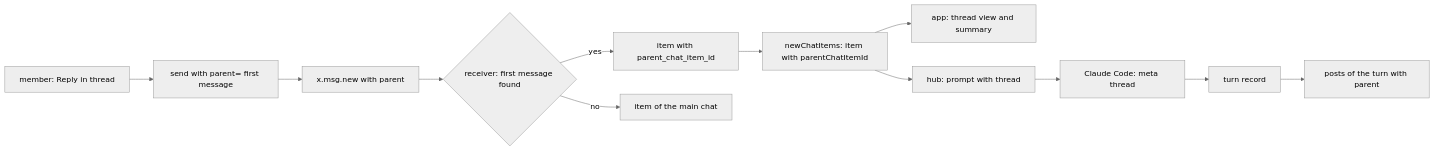
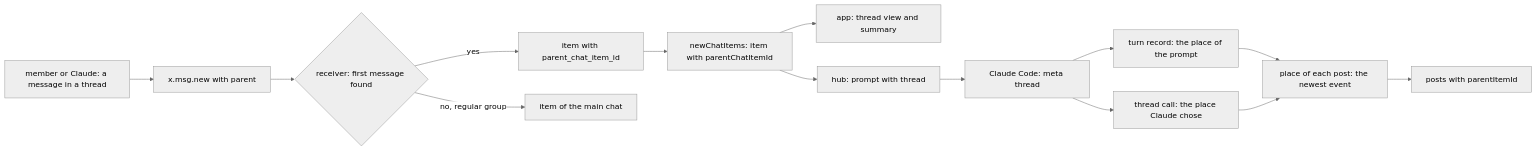
Before and after one commit to evgeny-simplex/simplex-chat: the fourth of 4 diagrams in plans/2026-11-13-mcp-threads.md, drawn with Mermaid (neutral theme). The commit also changed other lines of this file, not shown here.

Commit message:
plan: mcp-threads with channel comments, stages, Claude's tasks

````diff
--- a/plans/2026-11-13-mcp-threads.md
+++ b/plans/2026-11-13-mcp-threads.md
@@ -279,14 +310,16 @@
 ```mermaid
 flowchart LR
-  M[member: Reply in thread] --> S[send with parent= first message]
-  S --> W[x.msg.new with parent]
+  M[member or Claude: a message in a thread] --> W[x.msg.new with parent]
   W --> R{receiver: first message found}
   R -- yes --> T[item with parent_chat_item_id]
-  R -- no --> MC[item of the main chat]
+  R -- no, regular group --> MC[item of the main chat]
   T --> E[newChatItems: item with parentChatItemId]
   E --> AP[app: thread view and summary]
   E --> HB[hub: prompt with thread]
   HB --> CC[Claude Code: meta thread]
-  CC --> TR[turn record]
-  TR --> P[posts of the turn with parent]
+  CC --> TR[turn record: the place of the prompt]
+  CC --> TC[thread call: the place Claude chose]
+  TR --> PL[place of each post: the newest event]
+  TC --> PL
+  PL --> P[posts with parentItemId]
 ```
````
